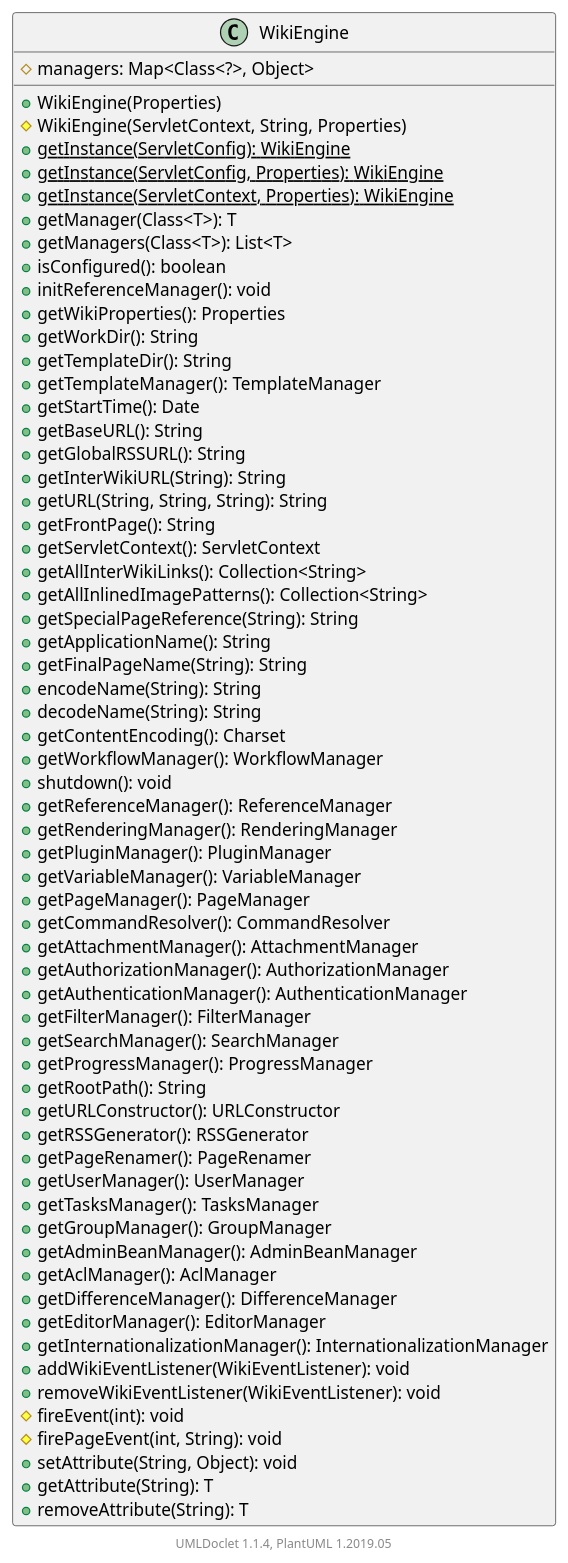
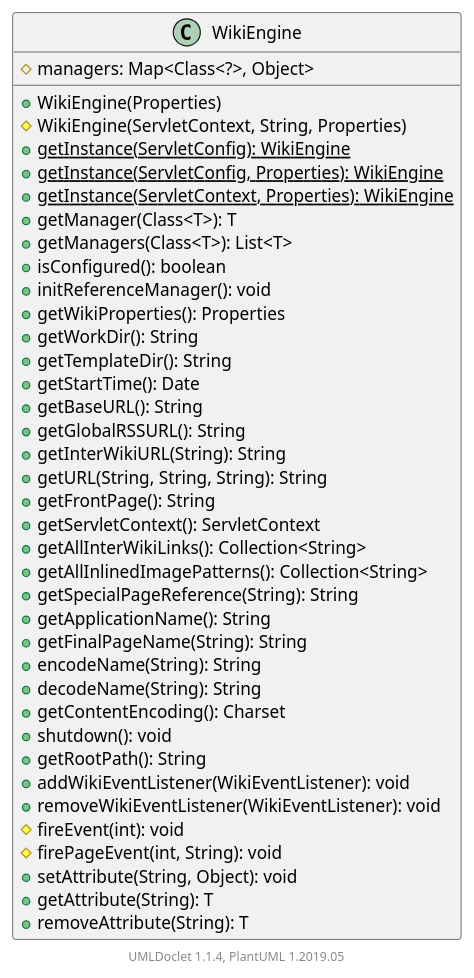
One commit to apache/jspwiki-site changed the diagram in apidocs/2.11.0.M7-SNAPSHOT/org/apache/wiki/WikiEngine.puml. Above: the diagram before and after it, drawn with PlantUML. The commit also changed 1171 other files, not shown here.

```diff
--- a/apidocs/2.11.0.M7-SNAPSHOT/org/apache/wiki/WikiEngine.puml
+++ b/apidocs/2.11.0.M7-SNAPSHOT/org/apache/wiki/WikiEngine.puml
@@ -1,70 +1,45 @@
 @startuml
 
     class WikiEngine [[WikiEngine.html]] {
         #managers: Map<Class<?>, Object>
         +WikiEngine(Properties)
         #WikiEngine(ServletContext, String, Properties)
         {static} +getInstance(ServletConfig): WikiEngine
         {static} +getInstance(ServletConfig, Properties): WikiEngine
         {static} +getInstance(ServletContext, Properties): WikiEngine
         +getManager(Class<T>): T
         +getManagers(Class<T>): List<T>
         +isConfigured(): boolean
         +initReferenceManager(): void
         +getWikiProperties(): Properties
         +getWorkDir(): String
         +getTemplateDir(): String
-        +getTemplateManager(): TemplateManager
         +getStartTime(): Date
         +getBaseURL(): String
         +getGlobalRSSURL(): String
         +getInterWikiURL(String): String
         +getURL(String, String, String): String
         +getFrontPage(): String
         +getServletContext(): ServletContext
         +getAllInterWikiLinks(): Collection<String>
         +getAllInlinedImagePatterns(): Collection<String>
         +getSpecialPageReference(String): String
         +getApplicationName(): String
         +getFinalPageName(String): String
         +encodeName(String): String
         +decodeName(String): String
         +getContentEncoding(): Charset
-        +getWorkflowManager(): WorkflowManager
         +shutdown(): void
-        +getReferenceManager(): ReferenceManager
-        +getRenderingManager(): RenderingManager
-        +getPluginManager(): PluginManager
-        +getVariableManager(): VariableManager
-        +getPageManager(): PageManager
-        +getCommandResolver(): CommandResolver
-        +getAttachmentManager(): AttachmentManager
-        +getAuthorizationManager(): AuthorizationManager
-        +getAuthenticationManager(): AuthenticationManager
-        +getFilterManager(): FilterManager
-        +getSearchManager(): SearchManager
-        +getProgressManager(): ProgressManager
         +getRootPath(): String
-        +getURLConstructor(): URLConstructor
-        +getRSSGenerator(): RSSGenerator
-        +getPageRenamer(): PageRenamer
-        +getUserManager(): UserManager
-        +getTasksManager(): TasksManager
-        +getGroupManager(): GroupManager
-        +getAdminBeanManager(): AdminBeanManager
-        +getAclManager(): AclManager
-        +getDifferenceManager(): DifferenceManager
-        +getEditorManager(): EditorManager
-        +getInternationalizationManager(): InternationalizationManager
         +addWikiEventListener(WikiEventListener): void
         +removeWikiEventListener(WikiEventListener): void
         #fireEvent(int): void
         #firePageEvent(int, String): void
         +setAttribute(String, Object): void
         +getAttribute(String): T
         +removeAttribute(String): T
     }
 
 
     center footer UMLDoclet 1.1.4, PlantUML 1.2019.05
 @enduml
```
